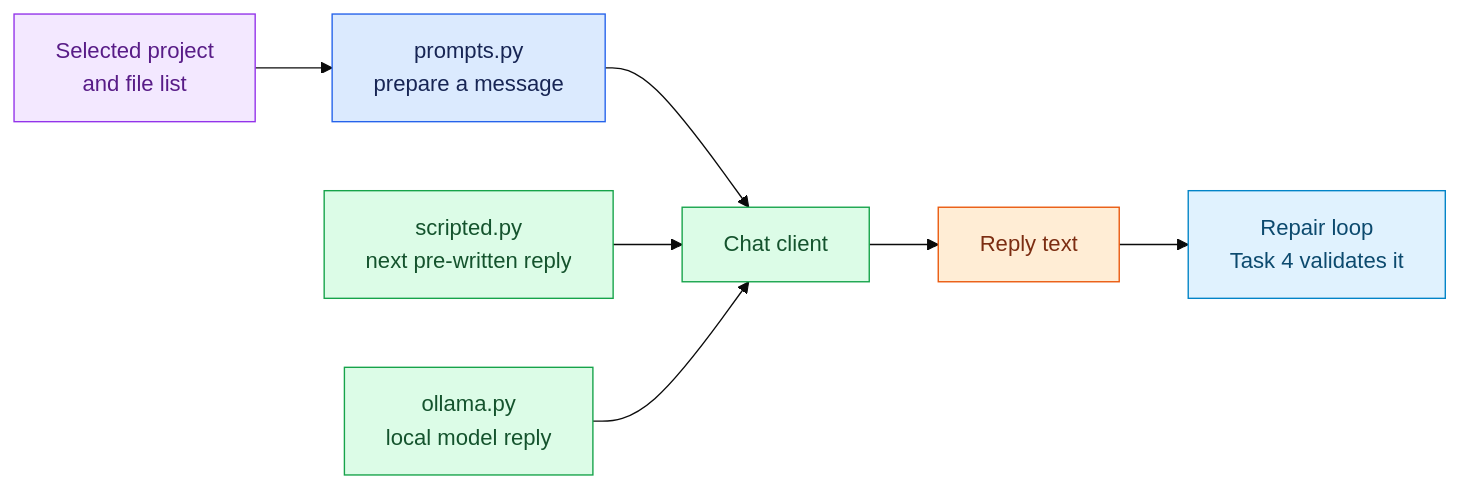
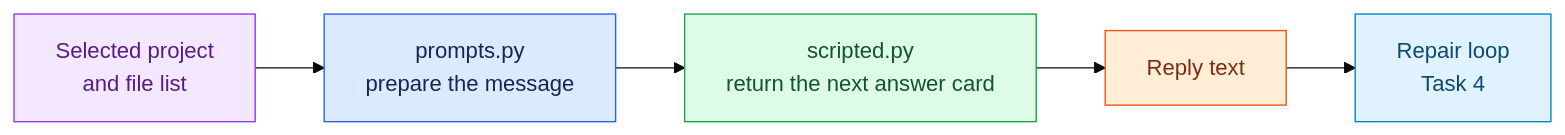
One commit to ForgettaAnthony/coding-agent-lab changed the diagram in tasks/03-prompts-and-clients.md. Above: the diagram before and after it, drawn with Mermaid (base theme). The commit also changed other lines of this file and 4 other files, not shown here.

Commit message:
docs: simplify required model preparation task

````diff
--- a/tasks/03-prompts-and-clients.md
+++ b/tasks/03-prompts-and-clients.md
@@ -19,21 +18,19 @@
 ```mermaid
 flowchart LR
-    context["Selected project\nand file list"] --> prompts["prompts.py\nprepare a message"]
-    prompts --> client["Chat client"]
-    scripted["scripted.py\nnext pre-written reply"] --> client
-    ollama["ollama.py\nlocal model reply"] --> client
-    client --> reply["Reply text"]
-    reply --> loop["Repair loop\nTask 4 validates it"]
+    context["Selected project\nand file list"] --> prompts["prompts.py\nprepare the message"]
+    prompts --> scripted["scripted.py\nreturn the next answer card"]
+    scripted --> reply["Reply text"]
+    reply --> loop["Repair loop\nTask 4"]
 
     classDef contextBox fill:#f3e8ff,stroke:#9333ea,color:#581c87
     classDef promptBox fill:#dbeafe,stroke:#2563eb,color:#172554
-    classDef clientBox fill:#dcfce7,stroke:#16a34a,color:#14532d
+    classDef scriptedBox fill:#dcfce7,stroke:#16a34a,color:#14532d
     classDef replyBox fill:#ffedd5,stroke:#ea580c,color:#7c2d12
     classDef loopBox fill:#e0f2fe,stroke:#0284c7,color:#0c4a6e
 
     class context contextBox
     class prompts promptBox
-    class scripted,ollama,client clientBox
+    class scripted scriptedBox
     class reply replyBox
     class loop loopBox
 ```
````
